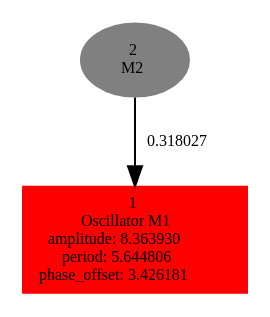
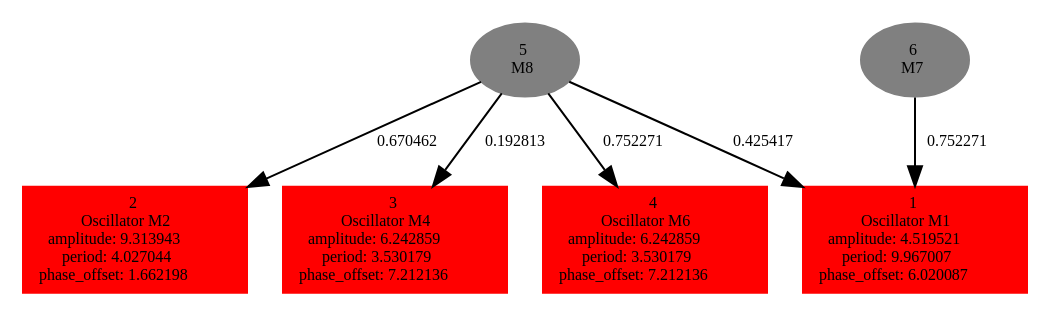
Before and after one commit to karinemiras/l-system: the diagram in experiments/locomotion1/offspringpop9/tempbrain.dot, drawn with Graphviz. The commit also changed 83 other files, not shown here.

```diff
--- a/experiments/locomotion1/offspringpop9/tempbrain.dot
+++ b/experiments/locomotion1/offspringpop9/tempbrain.dot
@@ -1,5 +1,13 @@
  digraph g{ forcelabels=true;
-1 [label=<1<BR />Oscillator M1<BR /> amplitude: 8.363930<BR /> period: 5.644806<BR /> phase_offset: 3.426181>, shape=box,color=red,style=filled,fontsize=8];
-2[label=<2<BR/>M2>,color="grey",style=filled,fontsize=8];
-2 -> 1[label="0.318027 ",fontsize="8"];
+1 [label=<1<BR />Oscillator M1<BR /> amplitude: 4.519521<BR /> period: 9.967007<BR /> phase_offset: 6.020087>, shape=box,color=red,style=filled,fontsize=8];
+2 [label=<2<BR />Oscillator M2<BR /> amplitude: 9.313943<BR /> period: 4.027044<BR /> phase_offset: 1.662198>, shape=box,color=red,style=filled,fontsize=8];
+3 [label=<3<BR />Oscillator M4<BR /> amplitude: 6.242859<BR /> period: 3.530179<BR /> phase_offset: 7.212136>, shape=box,color=red,style=filled,fontsize=8];
+4 [label=<4<BR />Oscillator M6<BR /> amplitude: 6.242859<BR /> period: 3.530179<BR /> phase_offset: 7.212136>, shape=box,color=red,style=filled,fontsize=8];
+5[label=<5<BR/>M8>,color="grey",style=filled,fontsize=8];
+6[label=<6<BR/>M7>,color="grey",style=filled,fontsize=8];
+5 -> 1[label="0.425417 ",fontsize="8"];
+5 -> 2[label="0.670462 ",fontsize="8"];
+5 -> 3[label="0.192813 ",fontsize="8"];
+5 -> 4[label="0.752271 ",fontsize="8"];
+6 -> 1[label="0.752271 ",fontsize="8"];
  }
```
